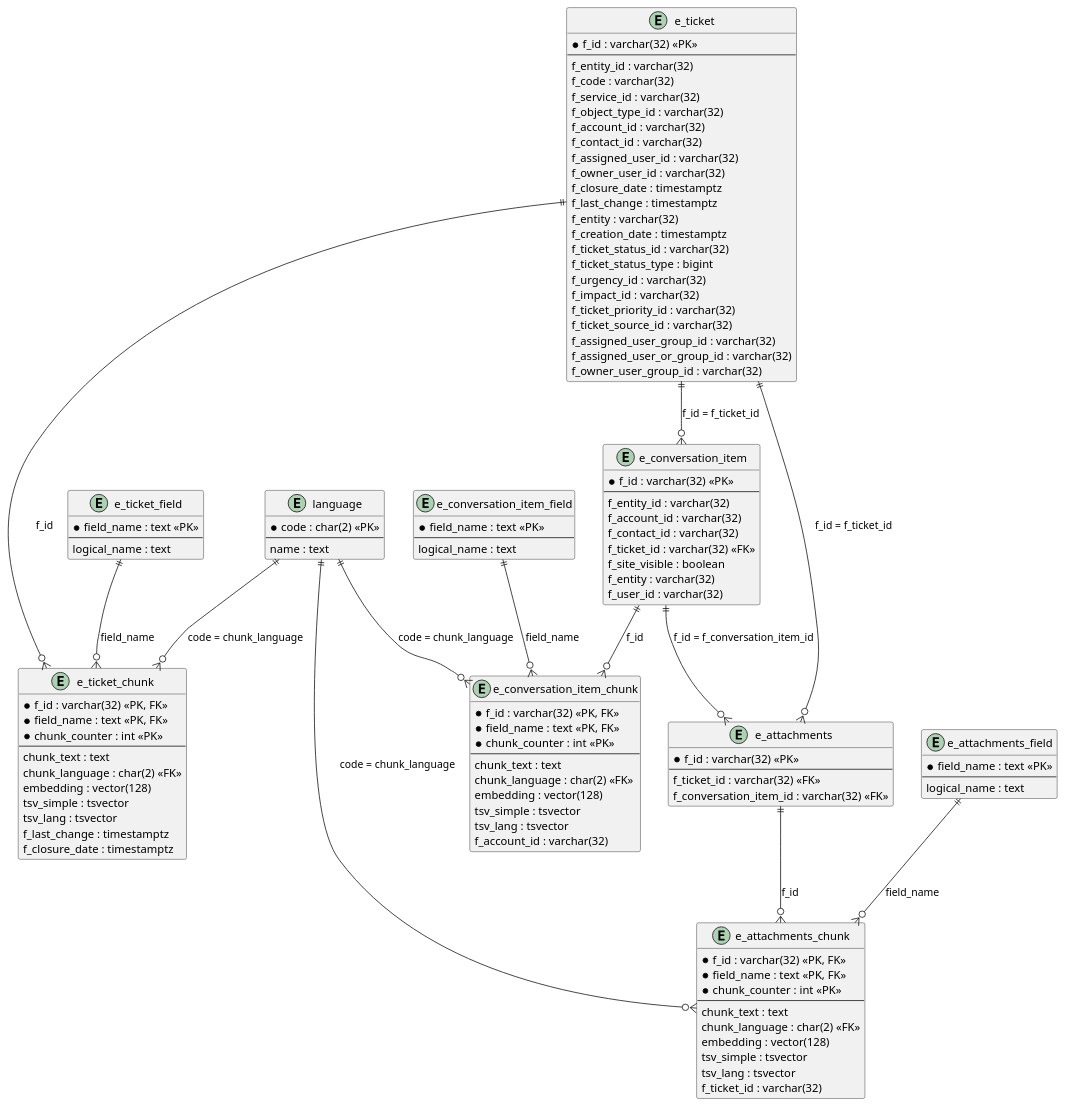
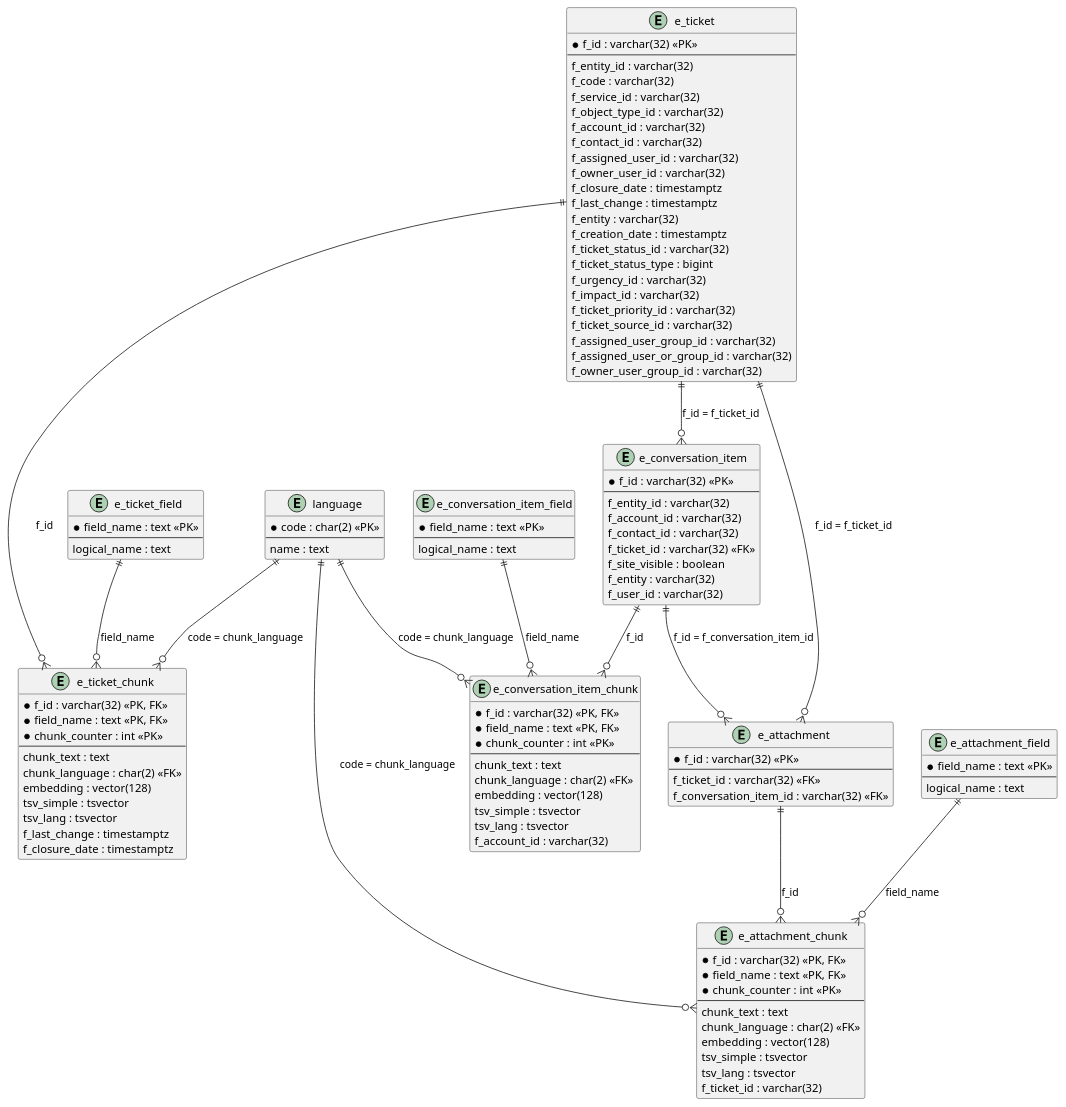
Before and after one commit to genos36/tesiTriennale: the diagram in images/puml/er.puml, drawn with PlantUML. The commit also changed 94 other files, not shown here.

```diff
--- a/images/puml/er.puml
+++ b/images/puml/er.puml
@@ -1,150 +1,150 @@
 @startuml schema_er_progetto
 
 ' title Schema entità-relazione concreto del progetto (dominio service desk HDA)
 
 entity "language" as language {
   * code : char(2) <<PK>>
   --
   name : text
 }
 
 ' ============================
 ' TICKET
 ' ============================
 entity "e_ticket" as e_ticket {
   * f_id : varchar(32) <<PK>>
   --
   f_entity_id : varchar(32)
   f_code : varchar(32)
   f_service_id : varchar(32)
   f_object_type_id : varchar(32)
   f_account_id : varchar(32)
   f_contact_id : varchar(32)
   f_assigned_user_id : varchar(32)
   f_owner_user_id : varchar(32)
   f_closure_date : timestamptz
   f_last_change : timestamptz
   f_entity : varchar(32)
   f_creation_date : timestamptz
   f_ticket_status_id : varchar(32)
   f_ticket_status_type : bigint
   f_urgency_id : varchar(32)
   f_impact_id : varchar(32)
   f_ticket_priority_id : varchar(32)
   f_ticket_source_id : varchar(32)
   f_assigned_user_group_id : varchar(32)
   f_assigned_user_or_group_id : varchar(32)
   f_owner_user_group_id : varchar(32)
 }
 
 entity "e_ticket_field" as e_ticket_field {
   * field_name : text <<PK>>
   --
   ' f_problem, f_solution, f_subject
   logical_name : text
 }
 
 entity "e_ticket_chunk" as e_ticket_chunk {
   * f_id : varchar(32) <<PK, FK>>
   * field_name : text <<PK, FK>>
   * chunk_counter : int <<PK>>
   --
   chunk_text : text
   chunk_language : char(2) <<FK>>
   embedding : vector(128)
   tsv_simple : tsvector
   tsv_lang : tsvector
   ' campi filterable denormalizzati
   f_last_change : timestamptz
   f_closure_date : timestamptz
 }
 
 e_ticket ||--o{ e_ticket_chunk : "f_id"
 e_ticket_field ||--o{ e_ticket_chunk : "field_name"
 language ||--o{ e_ticket_chunk : "code = chunk_language"
 
 ' ============================
 ' CONVERSATION_ITEM
 ' ============================
 entity "e_conversation_item" as e_conversation_item {
   * f_id : varchar(32) <<PK>>
   --
   f_entity_id : varchar(32)
   f_account_id : varchar(32)
   f_contact_id : varchar(32)
   f_ticket_id : varchar(32) <<FK>>
   f_site_visible : boolean
   f_entity : varchar(32)
   f_user_id : varchar(32)
 }
 
 entity "e_conversation_item_field" as e_conversation_item_field {
   * field_name : text <<PK>>
   --
   ' f_message
   logical_name : text
 }
 
 entity "e_conversation_item_chunk" as e_conversation_item_chunk {
   * f_id : varchar(32) <<PK, FK>>
   * field_name : text <<PK, FK>>
   * chunk_counter : int <<PK>>
   --
   chunk_text : text
   chunk_language : char(2) <<FK>>
   embedding : vector(128)
   tsv_simple : tsvector
   tsv_lang : tsvector
   ' campo filterable denormalizzato
   f_account_id : varchar(32)
 }
 
 e_conversation_item ||--o{ e_conversation_item_chunk : "f_id"
 e_conversation_item_field ||--o{ e_conversation_item_chunk : "field_name"
 language ||--o{ e_conversation_item_chunk : "code = chunk_language"
 e_ticket ||--o{ e_conversation_item : "f_id = f_ticket_id"
 
 ' ============================
-' ATTACHMENTS
+' ATTACHMENT
 ' ============================
-entity "e_attachments" as e_attachments {
+entity "e_attachment" as e_attachment {
   * f_id : varchar(32) <<PK>>
   --
   f_ticket_id : varchar(32) <<FK>>
   f_conversation_item_id : varchar(32) <<FK>>
 }
 
-entity "e_attachments_field" as e_attachments_field {
+entity "e_attachment_field" as e_attachment_field {
   * field_name : text <<PK>>
   --
   ' f_content
   logical_name : text
 }
 
-entity "e_attachments_chunk" as e_attachments_chunk {
+entity "e_attachment_chunk" as e_attachment_chunk {
   * f_id : varchar(32) <<PK, FK>>
   * field_name : text <<PK, FK>>
   * chunk_counter : int <<PK>>
   --
   chunk_text : text
   chunk_language : char(2) <<FK>>
   embedding : vector(128)
   tsv_simple : tsvector
   tsv_lang : tsvector
   ' campo filterable denormalizzato
   f_ticket_id : varchar(32)
 }
 
-e_attachments ||--o{ e_attachments_chunk : "f_id"
-e_attachments_field ||--o{ e_attachments_chunk : "field_name"
-language ||--o{ e_attachments_chunk : "code = chunk_language"
-e_ticket ||--o{ e_attachments : "f_id = f_ticket_id"
-e_conversation_item ||--o{ e_attachments : "f_id = f_conversation_item_id"
+e_attachment ||--o{ e_attachment_chunk : "f_id"
+e_attachment_field ||--o{ e_attachment_chunk : "field_name"
+language ||--o{ e_attachment_chunk : "code = chunk_language"
+e_ticket ||--o{ e_attachment : "f_id = f_ticket_id"
+e_conversation_item ||--o{ e_attachment : "f_id = f_conversation_item_id"
 
 ' ============================
 ' INGESTION TRACKING
 ' ============================
 
 
 
 @enduml
```
